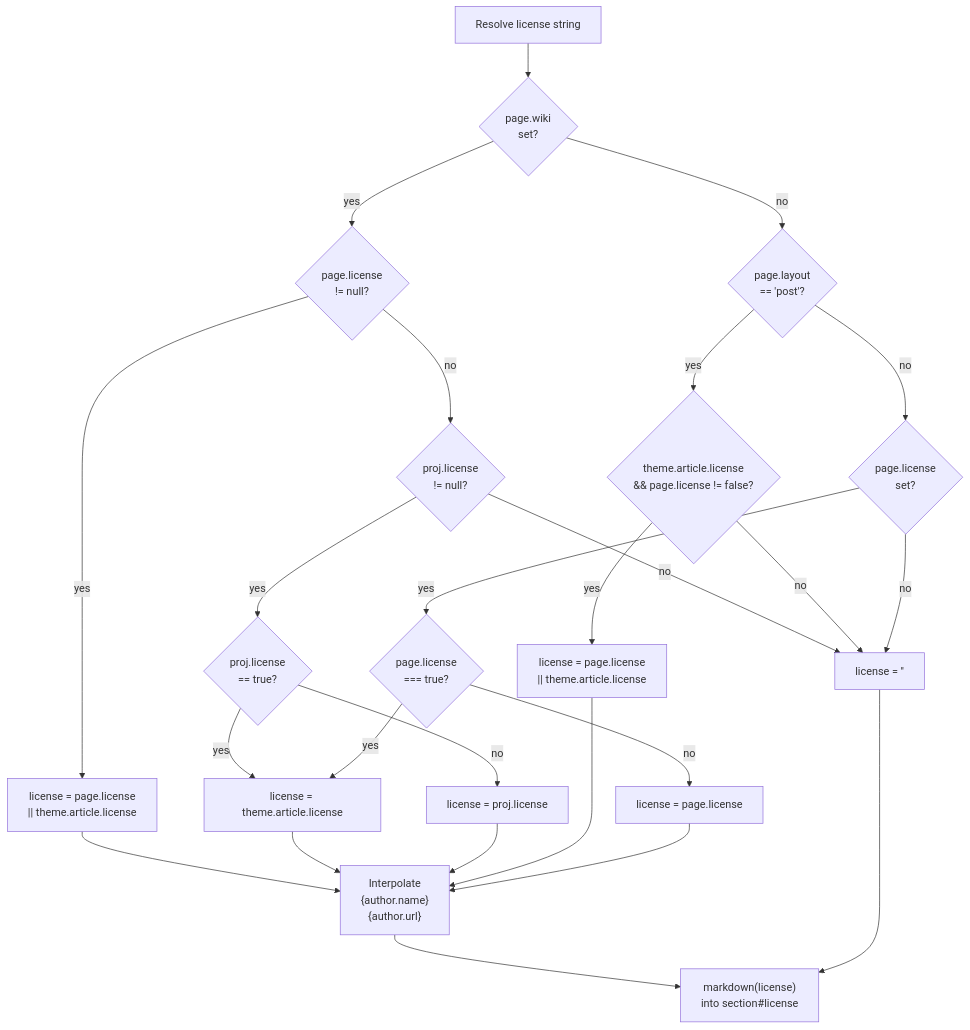
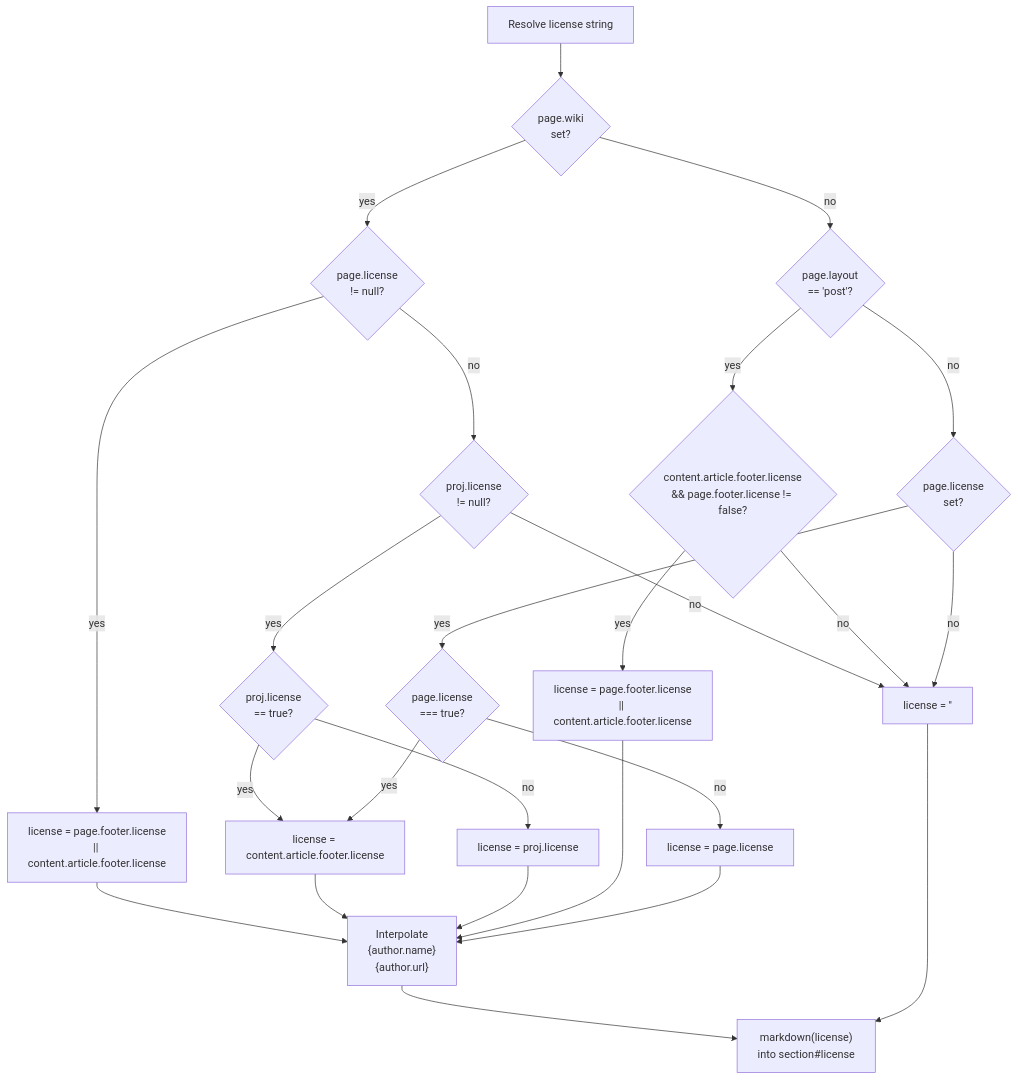
The second of 4 diagrams in docs/knowledge/03-内容系统/article-footer-metadata.md (xaoxuu/hexo-theme-stellar), drawn with Mermaid before and after one commit. The commit also changed other lines of this file and 50 other files, not shown here.

````diff
--- a/docs/knowledge/03-内容系统/article-footer-metadata.md
+++ b/docs/knowledge/03-内容系统/article-footer-metadata.md
@@ -115,41 +115,41 @@
 ```mermaid
 flowchart TD
   start["Resolve license string"]
   isWiki{"page.wiki\nset?"}
   wikiPageLic{"page.license\n!= null?"}
-  wikiPageLicVal["license = page.license\n|| theme.article.license"]
+  wikiPageLicVal["license = page.footer.license\n|| content.article.footer.license"]
   projLic{"proj.license\n!= null?"}
   projLicTrue{"proj.license\n== true?"}
   projLicUse["license = proj.license"]
-  themeDefault["license = theme.article.license"]
+  themeDefault["license = content.article.footer.license"]
   isPost{"page.layout\n== 'post'?"}
-  postCheck{"theme.article.license\n&& page.license != false?"}
-  postLic["license = page.license\n|| theme.article.license"]
+  postCheck{"content.article.footer.license\n&& page.footer.license != false?"}
+  postLic["license = page.footer.license\n|| content.article.footer.license"]
   isOther{"page.license\nset?"}
   otherLicTrue{"page.license\n=== true?"}
   otherLicUse["license = page.license"]
   noLicense["license = ''"]
   authorInterp["Interpolate\n{author.name}\n{author.url}"]
   render["markdown(license)\ninto section#license"]
 
   start --> isWiki
   isWiki -- yes --> wikiPageLic
   wikiPageLic -- yes --> wikiPageLicVal
   wikiPageLic -- no --> projLic
   projLic -- yes --> projLicTrue
   projLicTrue -- yes --> themeDefault
   projLicTrue -- no --> projLicUse
   projLic -- no --> noLicense
   isWiki -- no --> isPost
   isPost -- yes --> postCheck
   postCheck -- yes --> postLic
   postCheck -- no --> noLicense
   isPost -- no --> isOther
   isOther -- yes --> otherLicTrue
   otherLicTrue -- yes --> themeDefault
   otherLicTrue -- no --> otherLicUse
   isOther -- no --> noLicense
   wikiPageLicVal & themeDefault & projLicUse & postLic & otherLicUse --> authorInterp
   authorInterp --> render
   noLicense --> render
 ```
````
